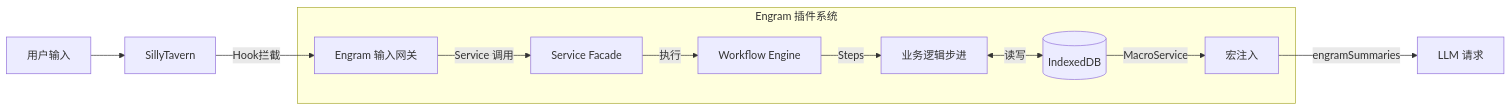
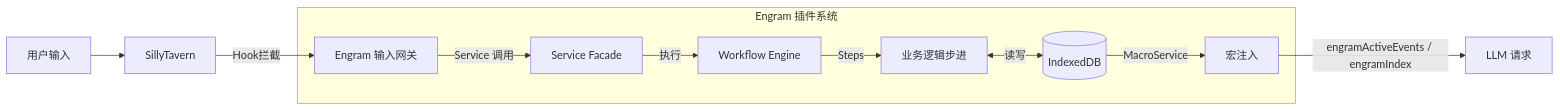
One commit to shiyue137mh-netizen/Engram changed the diagram in docs/architecture/项目总体架构.md. Above: the diagram before and after it, drawn with Mermaid. The commit also changed other lines of this file and 5 other files, not shown here.

Commit message:
docs: synchronize architecture and context documentation with current codebase

````diff
--- a/docs/architecture/项目总体架构.md
+++ b/docs/architecture/项目总体架构.md
@@ -17,15 +17,15 @@
 ```mermaid
 graph LR
     User[用户输入] --> ST_Host[SillyTavern]
     ST_Host -->|Hook拦截| Engram_Input[Engram 输入网关]
     
     subgraph Engram [Engram 插件系统]
         Engram_Input -->|Service 调用| Facade[Service Facade]
         Facade -->|执行| Workflow[Workflow Engine]
         Workflow -->|Steps| Logic[业务逻辑步进]
         Logic <-->|读写| Local_DB[(IndexedDB)]
         Local_DB -->|MacroService| Engram_Output[宏注入]
     end
     
-    Engram_Output -->|engramSummaries| ST_LLM[LLM 请求]
+    Engram_Output -->|engramActiveEvents / engramIndex| ST_LLM[LLM 请求]
 ```
````
